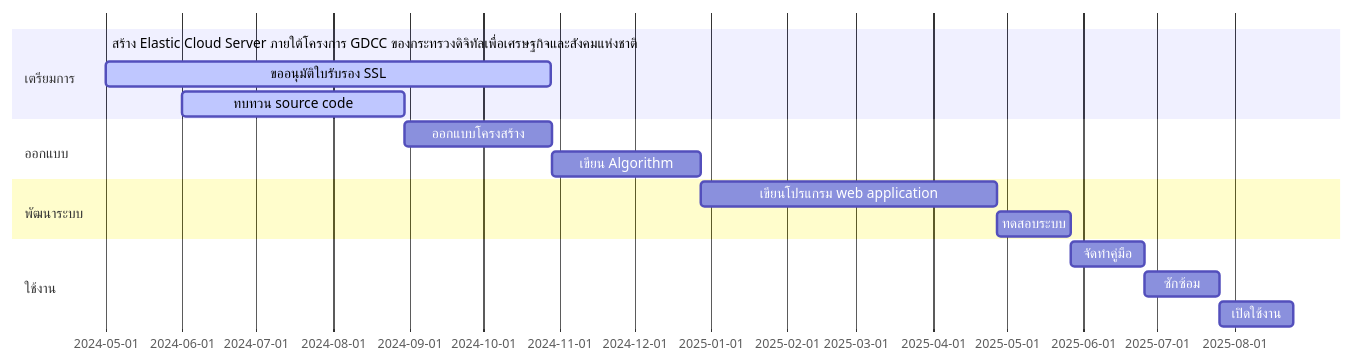
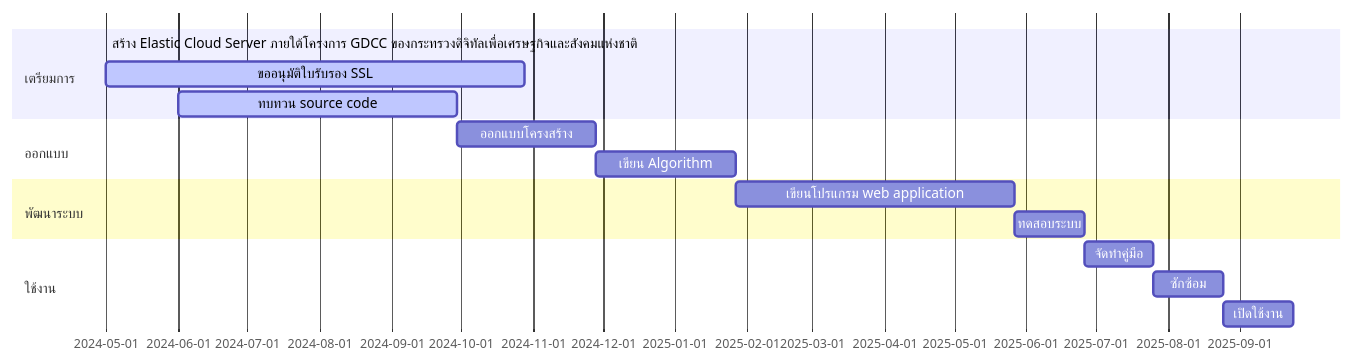
Before and after one commit to Kietpawpan/e-tracking: the first of 2 diagrams in README.md, drawn with Mermaid.

````diff
--- a/README.md
+++ b/README.md
@@ -10,19 +10,19 @@
 ```mermaid
 gantt
     section เตรียมการ
     สร้าง Elastic Cloud Server ภายใต้โครงการ GDCC ของกระทรวงดิจิทัลเพื่อเศรษฐกิจและสังคมแห่งชาติ :done,    des1, 2024-05-01,2024-05-30
     ขออนุมัติใบรับรอง SSL       :active, des2, after des1, 180d
-    ทบทวน source code  :   active, des3, 2024-06-01, 90d
+    ทบทวน source code  :   active, des3, 2024-06-01, 120d
     section ออกแบบ
     ออกแบบโครงสร้าง  :         des4, after des3, 60d
     เขียน Algorithm:   des5, after des4, 60d
     section พัฒนาระบบ
     เขียนโปรแกรม web application  :  des6, after des5, 120d
     ทดสอบระบบ:des7, after des6, 30d
    section ใช้งาน
     จัดทำคู่มือ  :         des8, after des7, 30d
     ซักซ้อม :         des9, after des8, 30d
       เปิดใช้งาน: des10, after des9, 30d
 
 
 ```
````
